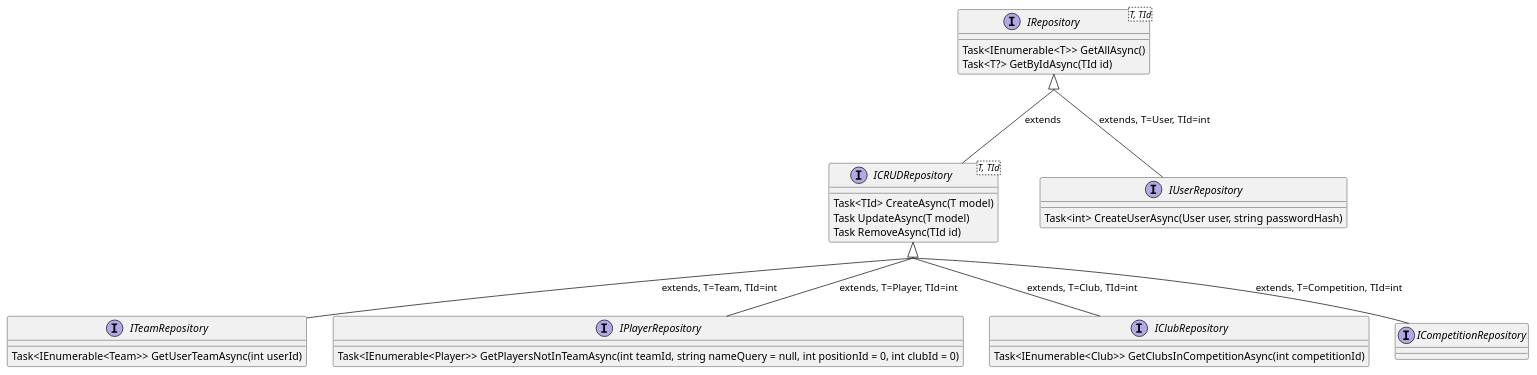
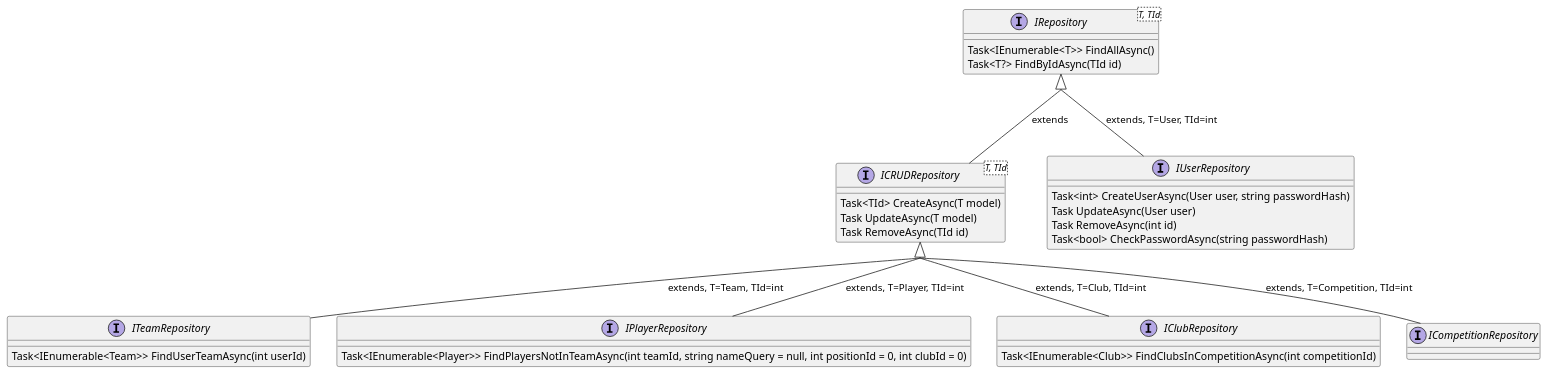
The diagram in docs/Class Diagrams/Infrastructure/Repositories.puml (JKMN-Projects/TeamTactics), drawn with PlantUML before and after one commit. The commit also changed 23 other files, not shown here.

```diff
--- a/docs/Class Diagrams/Infrastructure/Repositories.puml
+++ b/docs/Class Diagrams/Infrastructure/Repositories.puml
@@ -1,40 +1,43 @@
 @startuml Repositories
 skinparam groupInheritance 2
 
 interface IRepository<T, TId> {
-    Task<IEnumerable<T>> GetAllAsync()
-    Task<T?> GetByIdAsync(TId id)
+    Task<IEnumerable<T>> FindAllAsync()
+    Task<T?> FindByIdAsync(TId id)
 }
 
 interface ICRUDRepository<T, TId> {
     Task<TId> CreateAsync(T model)
     Task UpdateAsync(T model)
     Task RemoveAsync(TId id)
 }
 IRepository <|-- ICRUDRepository : extends
 
 interface IUserRepository {
     Task<int> CreateUserAsync(User user, string passwordHash)
+    Task UpdateAsync(User user)
+    Task RemoveAsync(int id)
+    Task<bool> CheckPasswordAsync(string passwordHash)
 }
 IRepository <|-- IUserRepository : extends, T=User, TId=int
 
 interface ITeamRepository {
-    Task<IEnumerable<Team>> GetUserTeamAsync(int userId)
+    Task<IEnumerable<Team>> FindUserTeamAsync(int userId)
 }
 ICRUDRepository <|-- ITeamRepository : extends, T=Team, TId=int
 
 interface IPlayerRepository {
-    Task<IEnumerable<Player>> GetPlayersNotInTeamAsync(int teamId, string nameQuery = null, int positionId = 0, int clubId = 0)
+    Task<IEnumerable<Player>> FindPlayersNotInTeamAsync(int teamId, string nameQuery = null, int positionId = 0, int clubId = 0)
 }
 ICRUDRepository <|-- IPlayerRepository : extends, T=Player, TId=int
 
 interface IClubRepository {
-    Task<IEnumerable<Club>> GetClubsInCompetitionAsync(int competitionId)
+    Task<IEnumerable<Club>> FindClubsInCompetitionAsync(int competitionId)
 }
 ICRUDRepository <|-- IClubRepository : extends, T=Club, TId=int
 
 interface ICompetitionRepository {
 }
 ICRUDRepository <|-- ICompetitionRepository : extends, T=Competition, TId=int
 
 @enduml 
```
